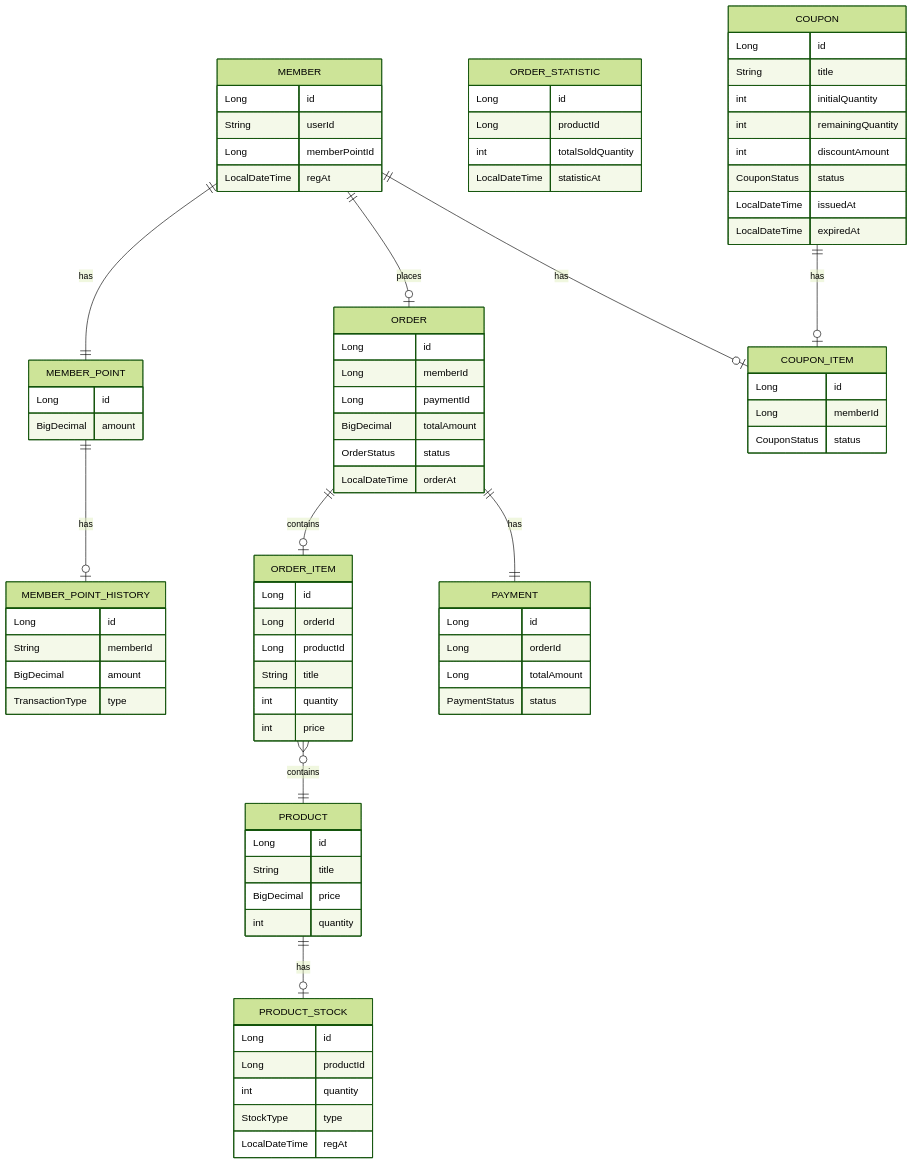
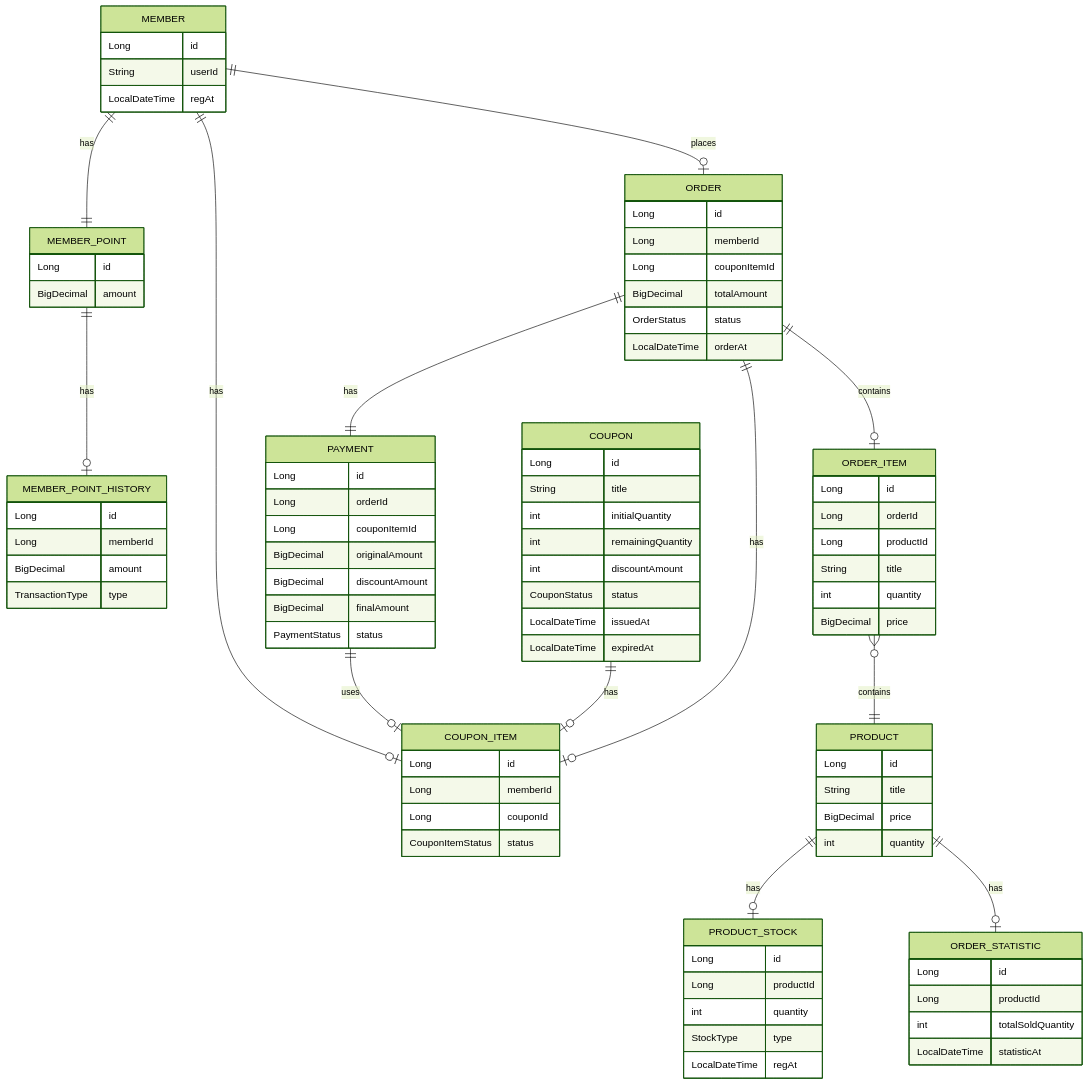
Before and after one commit to hjlee5701/e-commerce: the diagram in docs/diagram/erd/ERD.md, drawn with Mermaid (forest theme). The commit also changed other lines of this file, not shown here.

Commit message:
[FEAT] ERD v2 업데이트
1. 쿠폰
   - CouponItem.CouponItemStatus enum 클래스 추가
   - CouponItem.couponId 추가
2. 결제
   - Payment에 금액 필드 추가 (original/discount/final)
   - Payment.couponItemId 추가
3. 회원
   - memberPointId 삭제 (단방향 연관관계)
4. 포인트 이력
   - memberId : String → Long 수정
5. 주문
   - Order.paymentId 삭제 (단방향 연관관계)
   - Order.couponItemId 추가
   - OrderItem.price : int -> BigDecimal 수정

````diff
--- a/docs/diagram/erd/ERD.md
+++ b/docs/diagram/erd/ERD.md
@@ -3,7 +5,6 @@
     MEMBER {
         Long id
         String userId
-        Long memberPointId
         LocalDateTime regAt
     }
     MEMBER_POINT {
@@ -12,7 +13,7 @@
     }
     MEMBER_POINT_HISTORY {
         Long id
-        String memberId
+        Long memberId
         BigDecimal amount
         TransactionType type
     }
@@ -32,7 +33,7 @@
     ORDER {
         Long id
         Long memberId
-        Long paymentId
+        Long couponItemId
         BigDecimal totalAmount
         OrderStatus status
         LocalDateTime orderAt
@@ -43,7 +44,7 @@
         Long productId
         String title
         int quantity
-        int price
+        BigDecimal price
     }
     ORDER_STATISTIC {
         Long id
@@ -54,7 +55,10 @@
     PAYMENT {
         Long id
         Long orderId
-        Long totalAmount
+        Long couponItemId
+        BigDecimal originalAmount
+        BigDecimal discountAmount
+        BigDecimal finalAmount
         PaymentStatus status
     }
     COUPON {
@@ -70,17 +74,21 @@
     COUPON_ITEM {
         Long id
         Long memberId
-        CouponStatus status
+        Long couponId
+        CouponItemStatus status
     }
 
     MEMBER ||--|| MEMBER_POINT : has
     MEMBER ||--o| COUPON_ITEM : has
     MEMBER ||--o| ORDER : places
     ORDER ||--|| PAYMENT : has
+    ORDER ||--o| COUPON_ITEM : has
     ORDER ||--o| ORDER_ITEM : contains
     PRODUCT ||--o| PRODUCT_STOCK : has
     ORDER_ITEM }o--|| PRODUCT : contains
+    PRODUCT ||--o| ORDER_STATISTIC : has
     COUPON ||--o| COUPON_ITEM : has
+    PAYMENT ||--o| COUPON_ITEM : uses
     MEMBER_POINT ||--o| MEMBER_POINT_HISTORY : has
 
 ```
````
